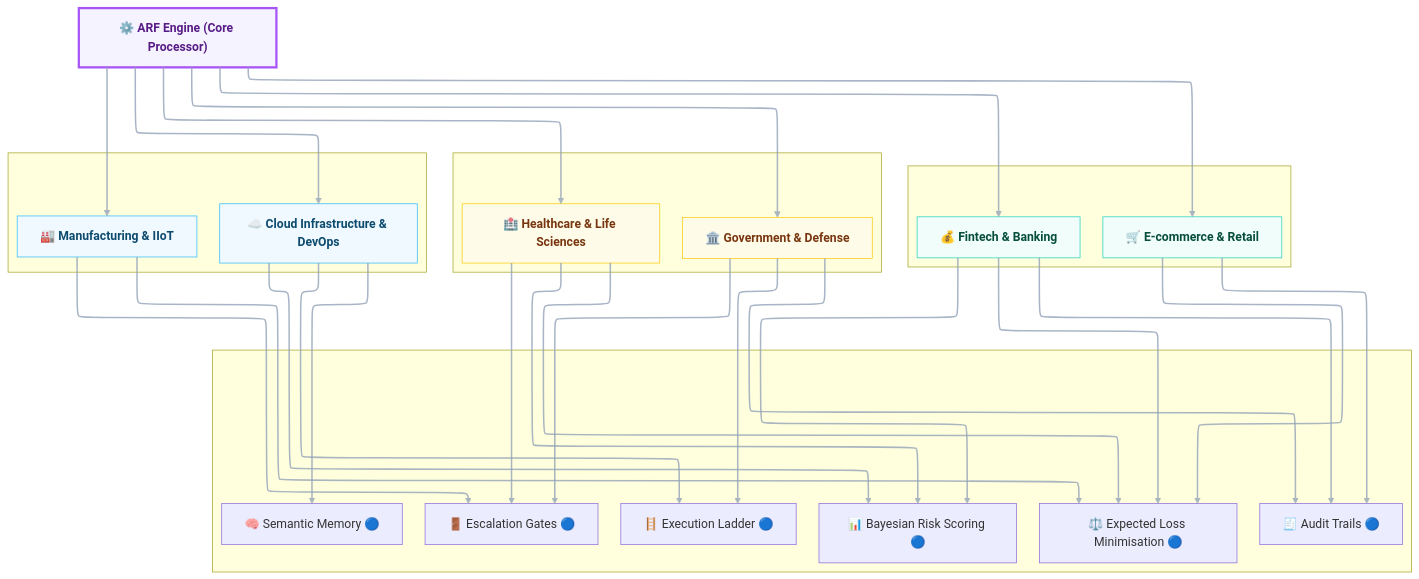
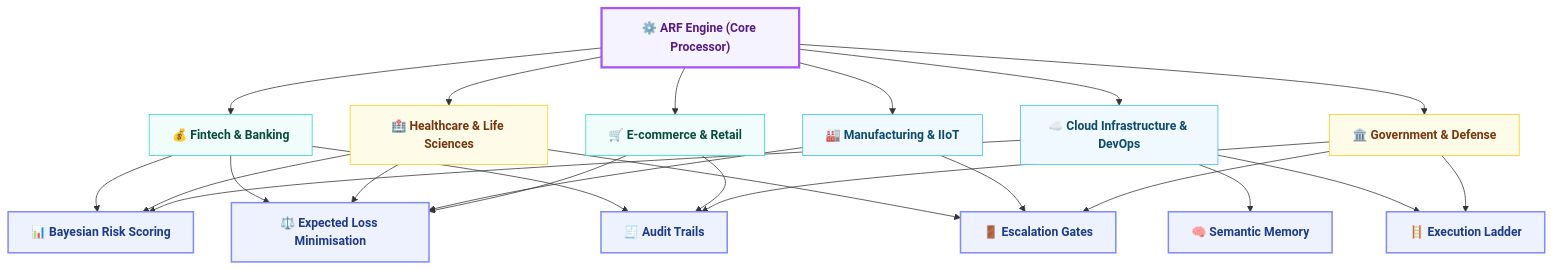
The diagram in docs/use_cases.md (arf-foundation/arf-spec), drawn with Mermaid before and after one commit.

````diff
--- a/docs/use_cases.md
+++ b/docs/use_cases.md
@@ -7,46 +7,21 @@
 ```mermaid
-%%{init: { 
-    "themeVariables": { 
-        "animationDuration": "1.5s",
-        "curve": "basis"
-    },
-    "layout": "elk"
-}}%%
-flowchart TD
-    %% Top-level ARF Engine
+graph TD
     Engine["⚙️ ARF Engine (Core Processor)"]
 
-    %% Industry category grouping
-    subgraph Private[" "]
-        direction TB
-        Fintech["💰 Fintech & Banking"]
-        Ecommerce["🛒 E‑commerce & Retail"]
-    end
+    Fintech["💰 Fintech & Banking"]
+    Ecommerce["🛒 E‑commerce & Retail"]
+    Healthcare["🏥 Healthcare & Life Sciences"]
+    Government["🏛️ Government & Defense"]
+    Cloud["☁️ Cloud Infrastructure & DevOps"]
+    Manufacturing["🏭 Manufacturing & IIoT"]
 
-    subgraph Public[" "]
-        direction TB
-        Healthcare["🏥 Healthcare & Life Sciences"]
-        Government["🏛️ Government & Defense"]
-    end
+    Risk["📊 Bayesian Risk Scoring"]
+    Loss["⚖️ Expected Loss Minimisation"]
+    Gates["🚪 Escalation Gates"]
+    Audit["🧾 Audit Trails"]
+    Memory["🧠 Semantic Memory"]
+    Ladder["🪜 Execution Ladder"]
 
-    subgraph Tech[" "]
-        direction TB
-        Cloud["☁️ Cloud Infrastructure & DevOps"]
-        Manufacturing["🏭 Manufacturing & IIoT"]
-    end
-
-    %% ARF Core Components with gradient depth and activity markers
-    subgraph ARF[" "]
-        direction TB
-        Risk["📊 Bayesian Risk Scoring 🔵"]
-        Loss["⚖️ Expected Loss Minimisation 🔵"]
-        Gates["🚪 Escalation Gates 🔵"]
-        Audit["🧾 Audit Trails 🔵"]
-        Memory["🧠 Semantic Memory 🔵"]
-        Ladder["🪜 Execution Ladder 🔵"]
-    end
-
-    %% Flow connections
     Engine --> Fintech
     Engine --> Healthcare
     Engine --> Cloud
@@ -76,23 +51,15 @@
     Government --> Audit
     Government --> Ladder
 
-    %% Styling: colors, gradients, and pseudo-animations
-    classDef engine stroke:#a855f7,fill:#f5f3ff,color:#581c87,font-weight:bold,stroke-width:3px
-    classDef private stroke:#2dd4bf,fill:#f0fdfa,color:#064e3b,font-weight:bold
-    classDef public stroke:#facc15,fill:#fefce8,color:#78350f,font-weight:bold
-    classDef tech stroke:#38bdf8,fill:#f0f9ff,color:#0c4a6e,font-weight:bold
-    classDef core stroke:#818cf8,fill:#eef2ff,color:#1e3a8a,font-weight:bold,stroke-width:2px
+    classDef engine fill:#f5f3ff,stroke:#a855f7,stroke-width:3px,color:#581c87,font-weight:bold
+    classDef private fill:#f0fdfa,stroke:#2dd4bf,color:#064e3b,font-weight:bold
+    classDef public fill:#fefce8,stroke:#facc15,color:#78350f,font-weight:bold
+    classDef tech fill:#f0f9ff,stroke:#38bdf8,color:#0c4a6e,font-weight:bold
+    classDef core fill:#eef2ff,stroke:#818cf8,stroke-width:2px,color:#1e3a8a,font-weight:bold
 
-    %% Pseudo “pulsing” motion for active nodes (symbolic)
-    classDef active animation:pulse 2s infinite ease-in-out
-
-    %% Assign classes
     class Engine engine
     class Fintech,Ecommerce private
     class Healthcare,Government public
     class Cloud,Manufacturing tech
-    class ARF,Risk,Loss,Gates,Audit,Memory,Ladder core,active
-
-    %% Links styling and transition effects
-    linkStyle default stroke:#94a3b8,stroke-width:2px,opacity:0.8,transition:stroke-width 0.3s ease-out
+    class Risk,Loss,Gates,Audit,Memory,Ladder core
 ```
````
